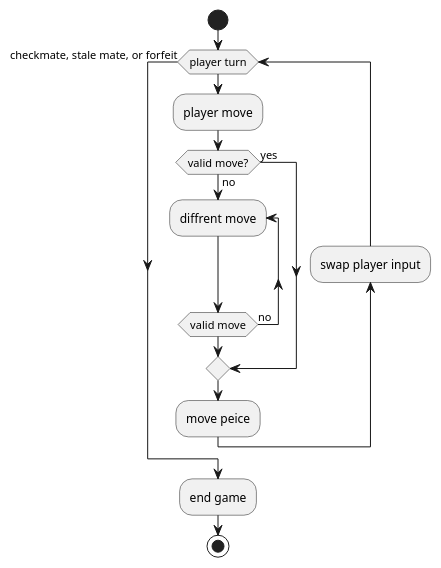
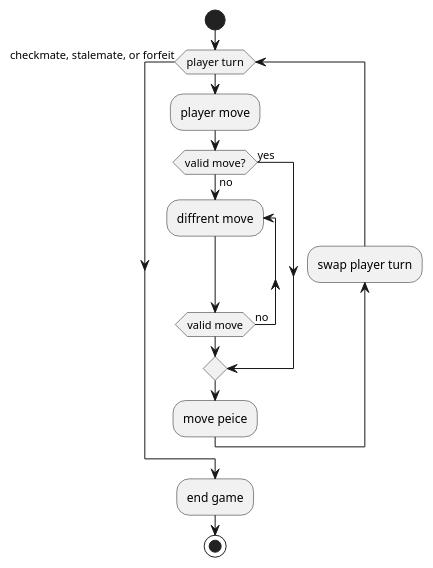
The diagram in UML/process.plantuml (walkeredwards/OOP-FinalProject), drawn with PlantUML before and after one commit. The commit also changed 1 other file, not shown here.

Commit message:
add diagram

```diff
--- a/UML/process.plantuml
+++ b/UML/process.plantuml
@@ -1,15 +1,15 @@
 @startuml process
 start
 while (player turn)
     :player move;
     if (valid move?) then (yes)
     else (no)
         repeat:diffrent move;
         repeat while (valid move) is (no)
     endif
     :move peice;
-    backward:swap player input;
-endwhile (checkmate, stale mate, or forfeit)
+    backward:swap player turn;
+endwhile (checkmate, stalemate, or forfeit)
     :end game;
 stop
 @enduml
```
